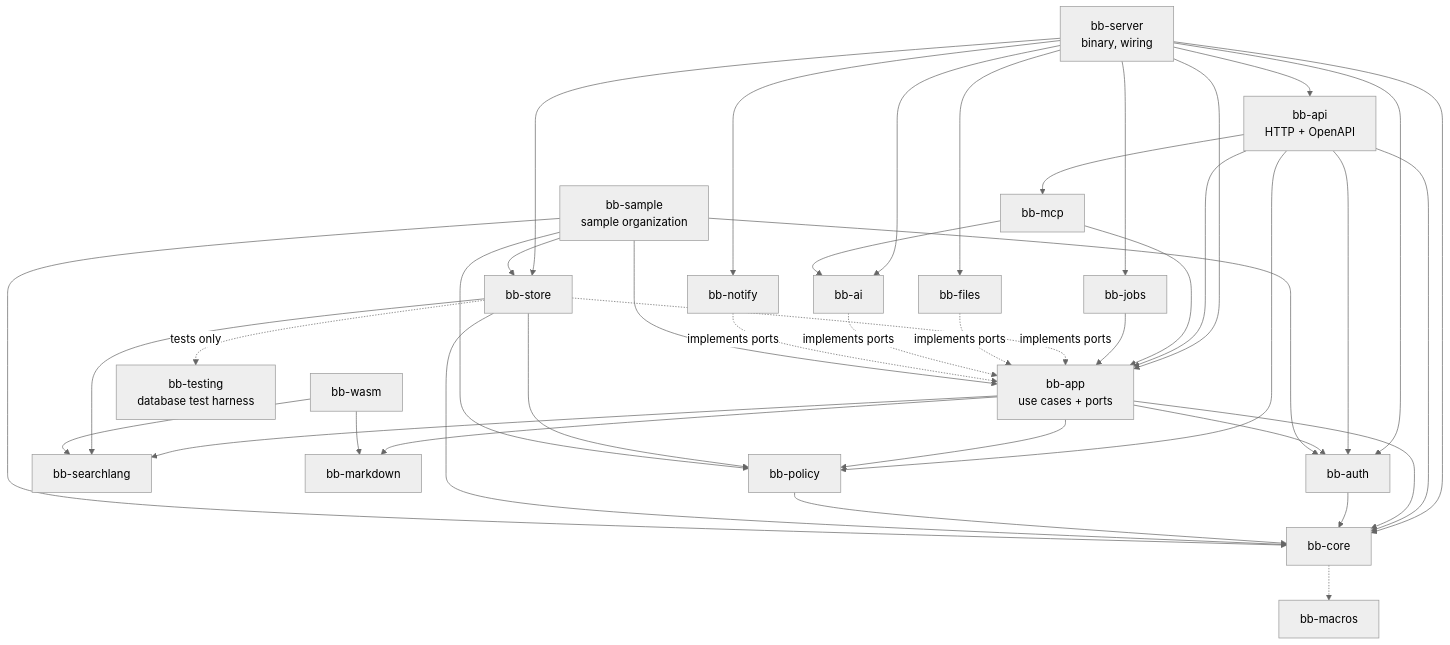
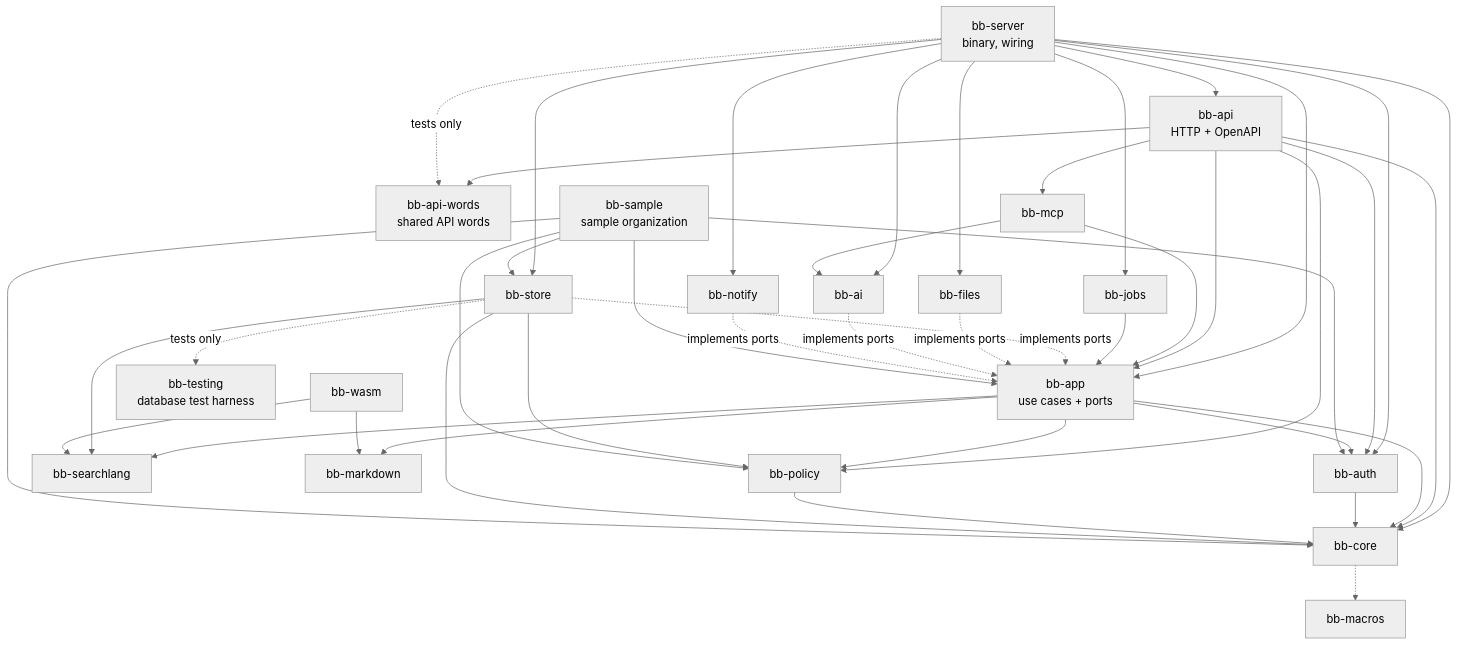
The diagram in docs/architecture/04-building-blocks.md (Nusi42/Bugaboo), drawn with Mermaid (neutral theme) before and after one commit. The commit also changed other lines of this file and 4 other files, not shown here.

First line of the commit message:
feat(api-words): add the crate for the words of the API description

````diff
--- a/docs/architecture/04-building-blocks.md
+++ b/docs/architecture/04-building-blocks.md
@@ -44,38 +45,40 @@
 ```mermaid
 flowchart TB
   server["bb-server<br/>binary, wiring"]
   api["bb-api<br/>HTTP + OpenAPI"]
+  words["bb-api-words<br/>shared API words"]
   mcp["bb-mcp"]
   app["bb-app<br/>use cases + ports"]
   policy["bb-policy"]
   core["bb-core"]
   macros["bb-macros"]
   search["bb-searchlang"]
   md["bb-markdown"]
   store["bb-store"]
   files["bb-files"]
   auth["bb-auth"]
   ai["bb-ai"]
   notify["bb-notify"]
   jobs["bb-jobs"]
   wasm["bb-wasm"]
   testing["bb-testing<br/>database test harness"]
   sample["bb-sample<br/>sample organization"]
 
   server --> api & jobs & store & files & ai & notify & auth & app & core
-  api --> app & auth & mcp & core & policy
+  api --> app & auth & mcp & core & policy & words
   mcp --> app & ai
   jobs --> app
   app --> policy & core & search & md & auth
   auth --> core
   policy --> core
   core -.-> macros
   store -. implements ports .-> app
   files -. implements ports .-> app
   ai -. implements ports .-> app
   notify -. implements ports .-> app
   store --> search & policy & core
   wasm --> search & md
   store -. tests only .-> testing
+  server -. tests only .-> words
   sample --> app & store & core & policy & auth
 ```
````
